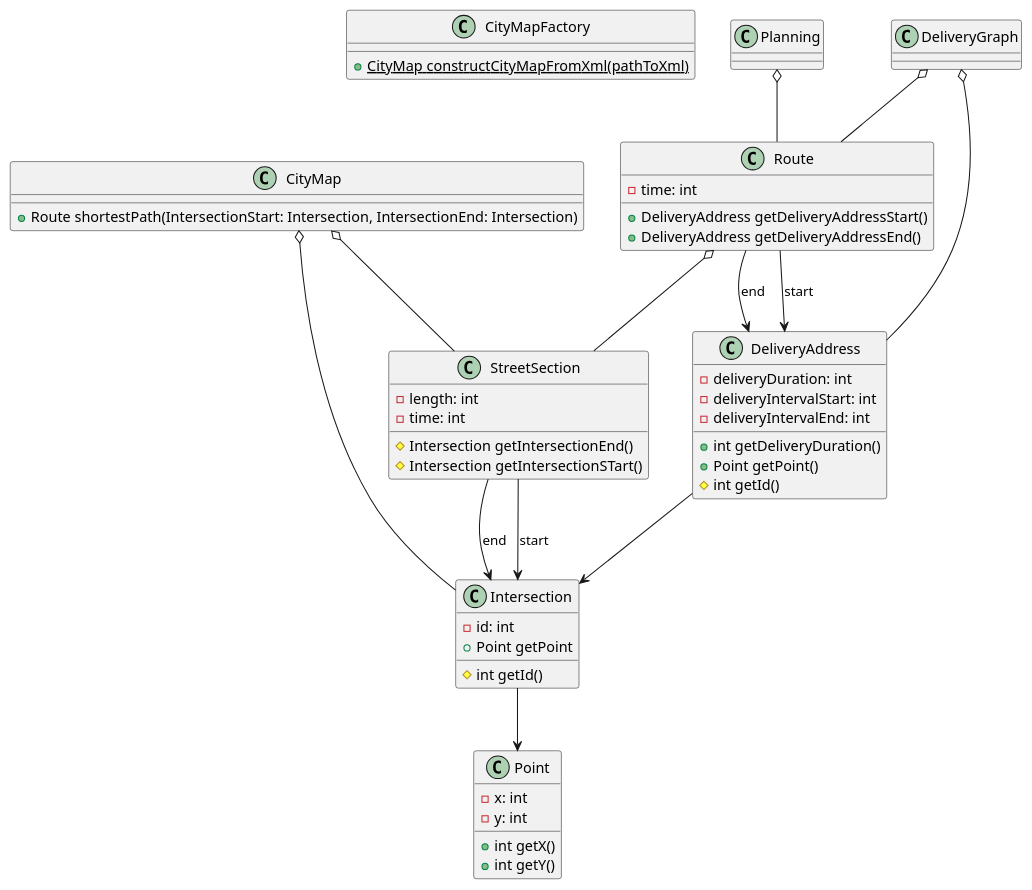
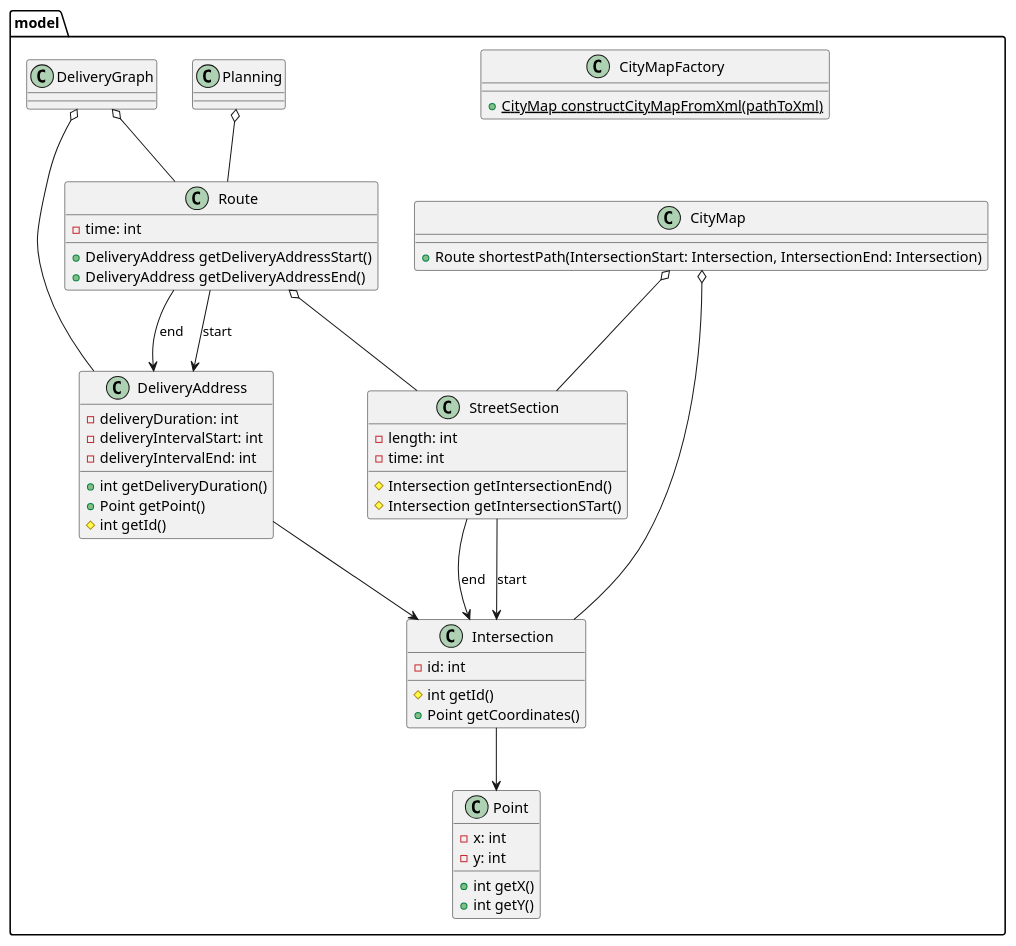
Before and after one commit to if-h4102/pld-agile: the diagram in docs/uml/package.model.puml, drawn with PlantUML. The commit also changed 1 other file, not shown here.

Commit message:
Updated model before meeting

```diff
--- a/docs/uml/package.model.puml
+++ b/docs/uml/package.model.puml
@@ -1,67 +1,71 @@
 @startuml
-class CityMapFactory {
-    +{static} CityMap constructCityMapFromXml(pathToXml)
+
+package model {
+    class CityMapFactory {
+        +{static} CityMap constructCityMapFromXml(pathToXml)
+    }
+
+    class CityMap {
+       +Route shortestPath(IntersectionStart: Intersection, IntersectionEnd: Intersection)
+    }
+
+    class StreetSection {
+        -length: int
+        -time: int
+        #Intersection getIntersectionEnd()
+        #Intersection getIntersectionSTart()
+    }
+
+    class Intersection {
+        -id: int
+        #int getId()
+        +Point getCoordinates()
+    }
+
+    class Point {
+        -x: int
+        -y: int
+        +int getX()
+        +int getY()
+    }
+
+    class DeliveryAddress {
+        -deliveryDuration: int
+        -deliveryIntervalStart: int
+        -deliveryIntervalEnd: int
+
+        +int getDeliveryDuration()
+        +Point getPoint()
+        #int getId()
+    }
+
+    class Planning {
+
+    }
+
+    class Route {
+        -time: int
+        +DeliveryAddress getDeliveryAddressStart()
+        +DeliveryAddress getDeliveryAddressEnd()
+    }
+
+    class DeliveryGraph {
+    }
+
+    CityMap o-- StreetSection
+    CityMap o-- Intersection
+    Intersection --> Point
+    DeliveryAddress --> Intersection
+    StreetSection --> Intersection : end
+    StreetSection --> Intersection : start
+    Route o-- StreetSection
+    Route --> DeliveryAddress : end
+    Route --> DeliveryAddress : start
+    DeliveryGraph o-- DeliveryAddress
+    DeliveryGraph o-- Route
+    Planning o-- Route
 }
 
-class CityMap {
-   +Route shortestPath(IntersectionStart: Intersection, IntersectionEnd: Intersection)
-}
-
-class StreetSection {
-    -length: int
-    -time: int
-    #Intersection getIntersectionEnd()
-    #Intersection getIntersectionSTart()
-}
-
-class Intersection {
-    -id: int
-    #int getId()
-    +Point getPoint
-}
-
-class Point {
-    -x: int
-    -y: int
-    +int getX()
-    +int getY()
-}
-
-class DeliveryAddress {
-    -deliveryDuration: int
-    -deliveryIntervalStart: int
-    -deliveryIntervalEnd: int
-
-    +int getDeliveryDuration()
-    +Point getPoint()
-    #int getId()
-}
-
-class Planning {
-
-}
-
-class Route {
-    -time: int
-    +DeliveryAddress getDeliveryAddressStart()
-    +DeliveryAddress getDeliveryAddressEnd()
-}
-
-class DeliveryGraph {
-}
-
-CityMap o-- StreetSection
-CityMap o-- Intersection
-Intersection --> Point
-DeliveryAddress --> Intersection
-StreetSection --> Intersection : end
-StreetSection --> Intersection : start
-Route o-- StreetSection
-Route --> DeliveryAddress : end
-Route --> DeliveryAddress : start
-DeliveryGraph o-- DeliveryAddress
-DeliveryGraph o-- Route
-Planning o-- Route
 
 
 @enduml
```
